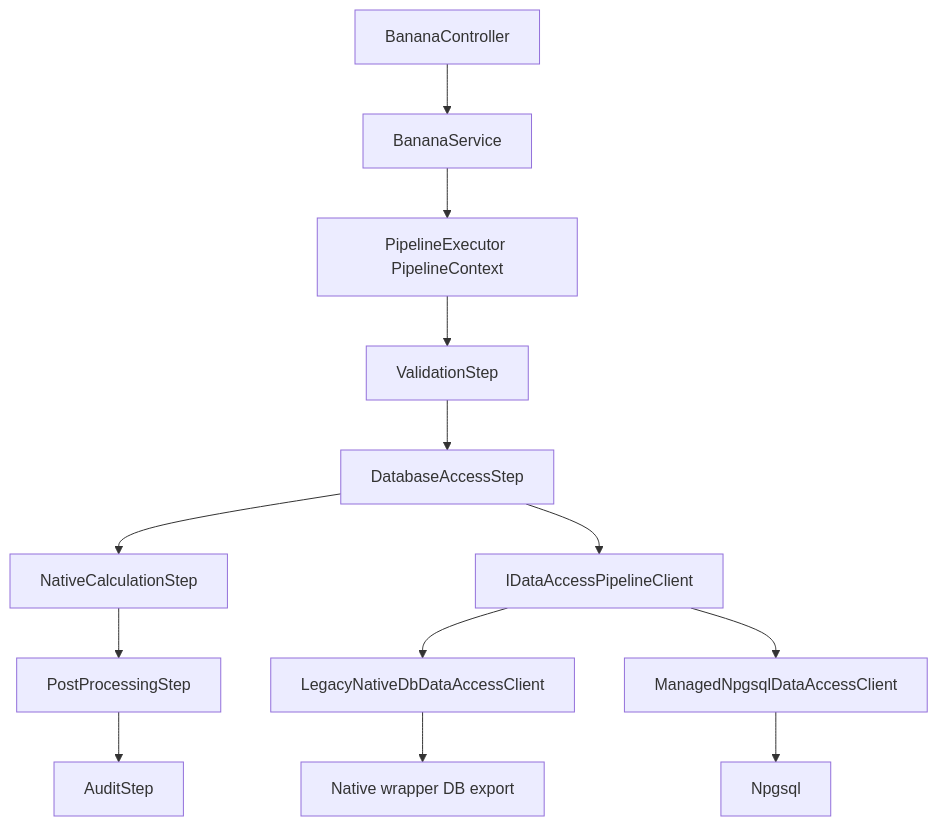
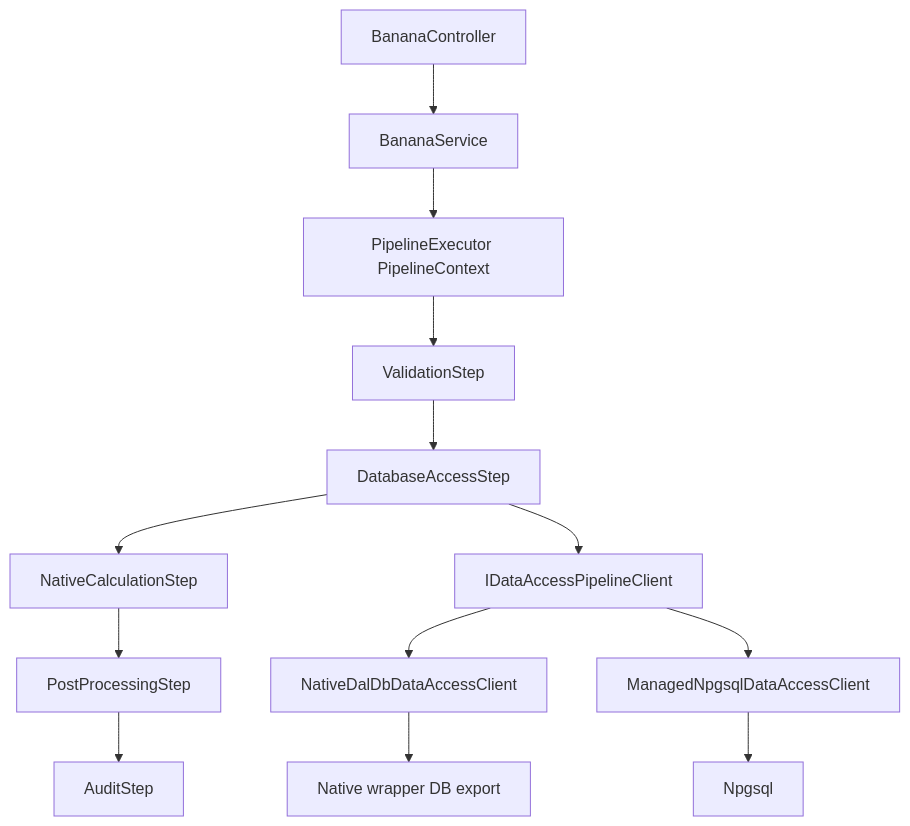
The second of 2 diagrams in README.md (LahkLeKey/Banana), drawn with Mermaid before and after one commit. The commit also changed other lines of this file and 19 other files, not shown here.

````diff
--- a/README.md
+++ b/README.md
@@ -78,16 +79,16 @@
 ```mermaid
 flowchart TD
   A[BananaController] --> B[BananaService]
   B --> C[PipelineExecutor PipelineContext]
   C --> D[ValidationStep]
   D --> E[DatabaseAccessStep]
   E --> F[NativeCalculationStep]
   F --> G[PostProcessingStep]
   G --> H[AuditStep]
 
   E --> I[IDataAccessPipelineClient]
-  I --> J[LegacyNativeDbDataAccessClient]
+  I --> J[NativeDalDbDataAccessClient]
   I --> K[ManagedNpgsqlDataAccessClient]
   J --> L[Native wrapper DB export]
   K --> M[Npgsql]
 ```
````
